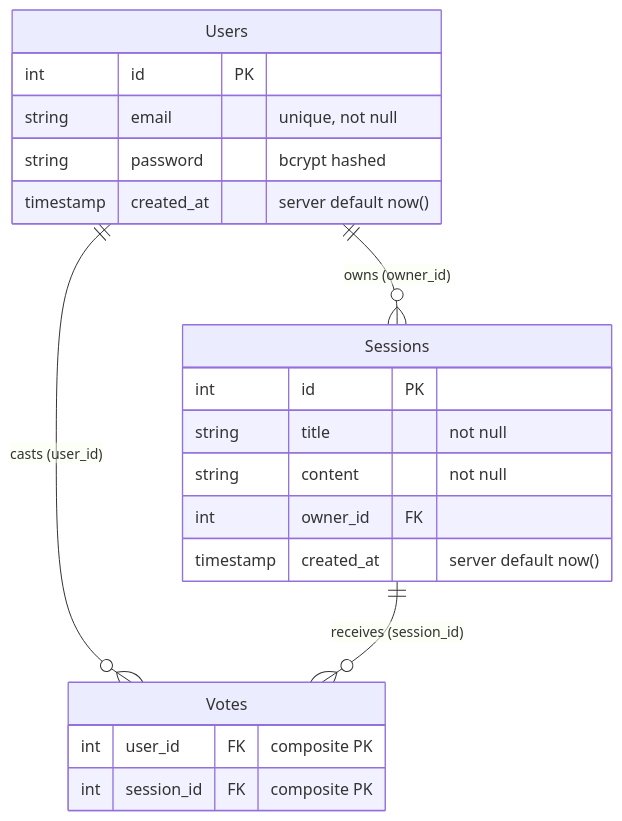
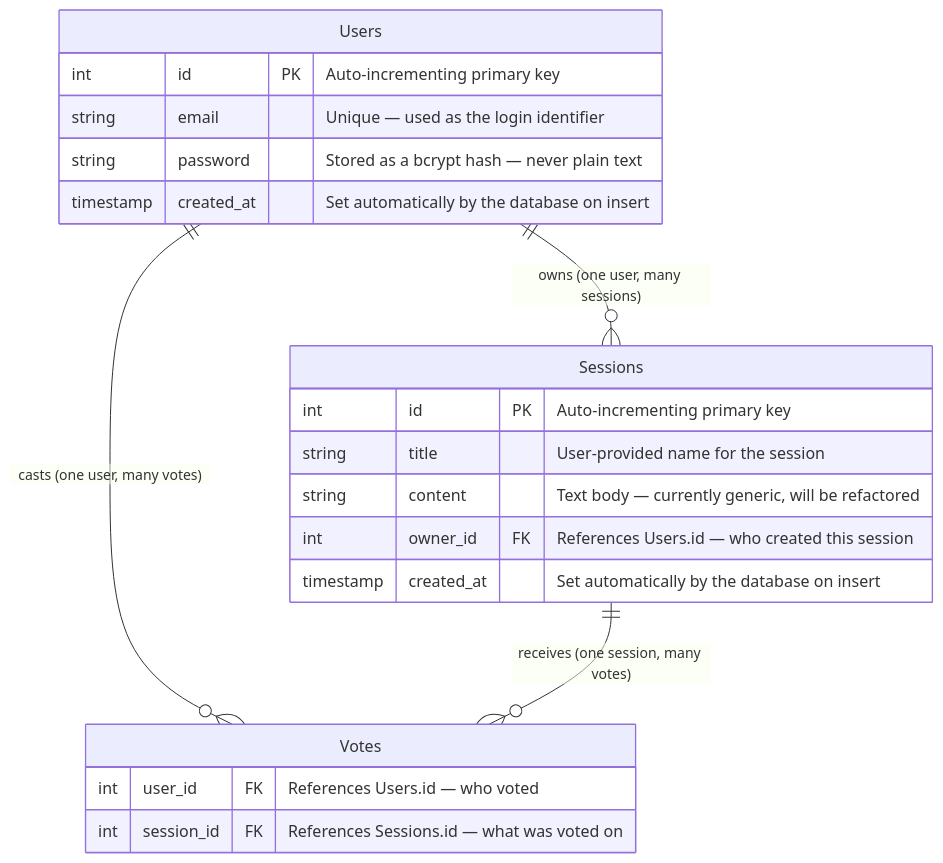
The first of 2 diagrams in docs/03_erd.md (john3lizama/Music_Practice_Companion), drawn with Mermaid before and after one commit. The commit also changed other lines of this file and 5 other files, not shown here.

Commit message:
Enhance audio data pipeline documentation: clarify purpose, structure, and flow; detail each processing step with inputs, outputs, and algorithms; improve feedback generation and scoring sections; and outline implementation order and future enhancements.

````diff
--- a/docs/03_erd.md
+++ b/docs/03_erd.md
@@ -7,27 +19,27 @@
 ```mermaid
 erDiagram
 
     Users {
-        int     id          PK
-        string  email       "unique, not null"
-        string  password    "bcrypt hashed"
-        timestamp created_at "server default now()"
+        int     id          PK  "Auto-incrementing primary key"
+        string  email           "Unique — used as the login identifier"
+        string  password        "Stored as a bcrypt hash — never plain text"
+        timestamp created_at    "Set automatically by the database on insert"
     }
 
     Sessions {
-        int     id          PK
-        string  title       "not null"
-        string  content     "not null"
-        int     owner_id    FK
-        timestamp created_at "server default now()"
+        int     id          PK  "Auto-incrementing primary key"
+        string  title           "User-provided name for the session"
+        string  content         "Text body — currently generic, will be refactored"
+        int     owner_id    FK  "References Users.id — who created this session"
+        timestamp created_at    "Set automatically by the database on insert"
     }
 
     Votes {
-        int     user_id     FK  "composite PK"
-        int     session_id  FK  "composite PK"
+        int     user_id     FK  "References Users.id — who voted"
+        int     session_id  FK  "References Sessions.id — what was voted on"
     }
 
-    Users       ||--o{   Sessions    : "owns (owner_id)"
-    Users       ||--o{   Votes       : "casts (user_id)"
-    Sessions    ||--o{   Votes       : "receives (session_id)"
+    Users       ||--o{   Sessions    : "owns (one user, many sessions)"
+    Users       ||--o{   Votes       : "casts (one user, many votes)"
+    Sessions    ||--o{   Votes       : "receives (one session, many votes)"
 ```
````
